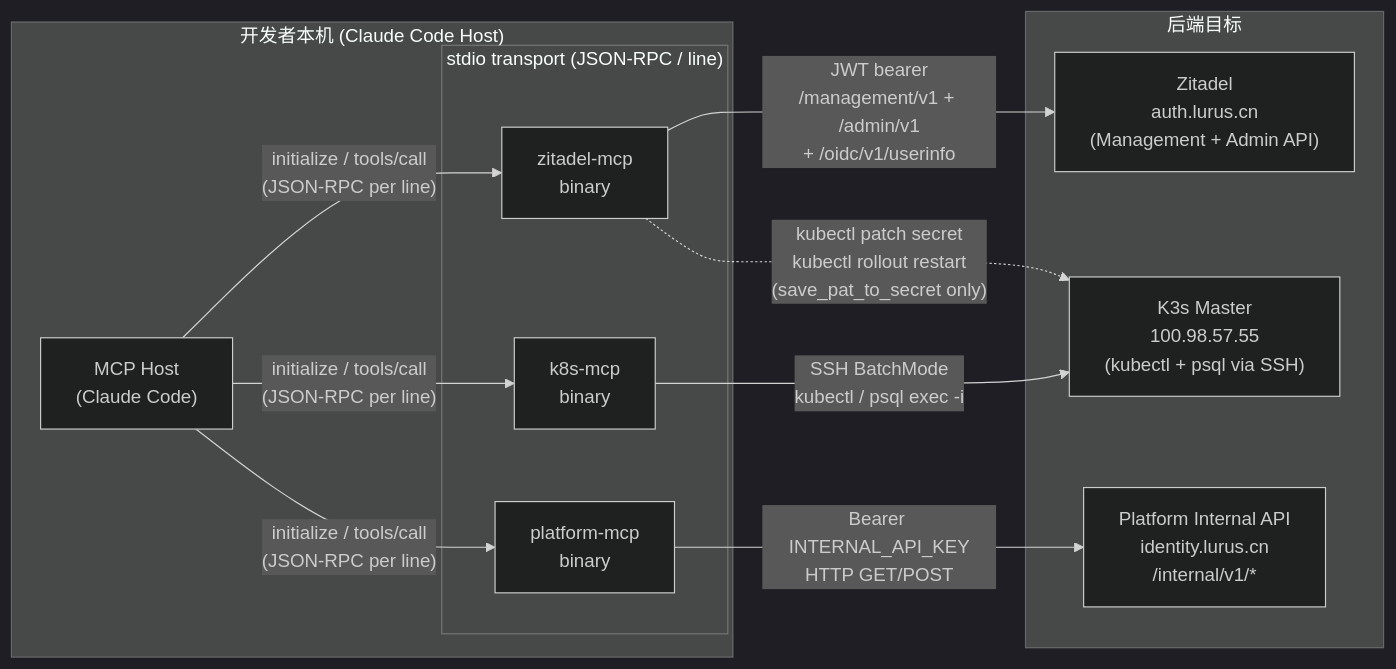
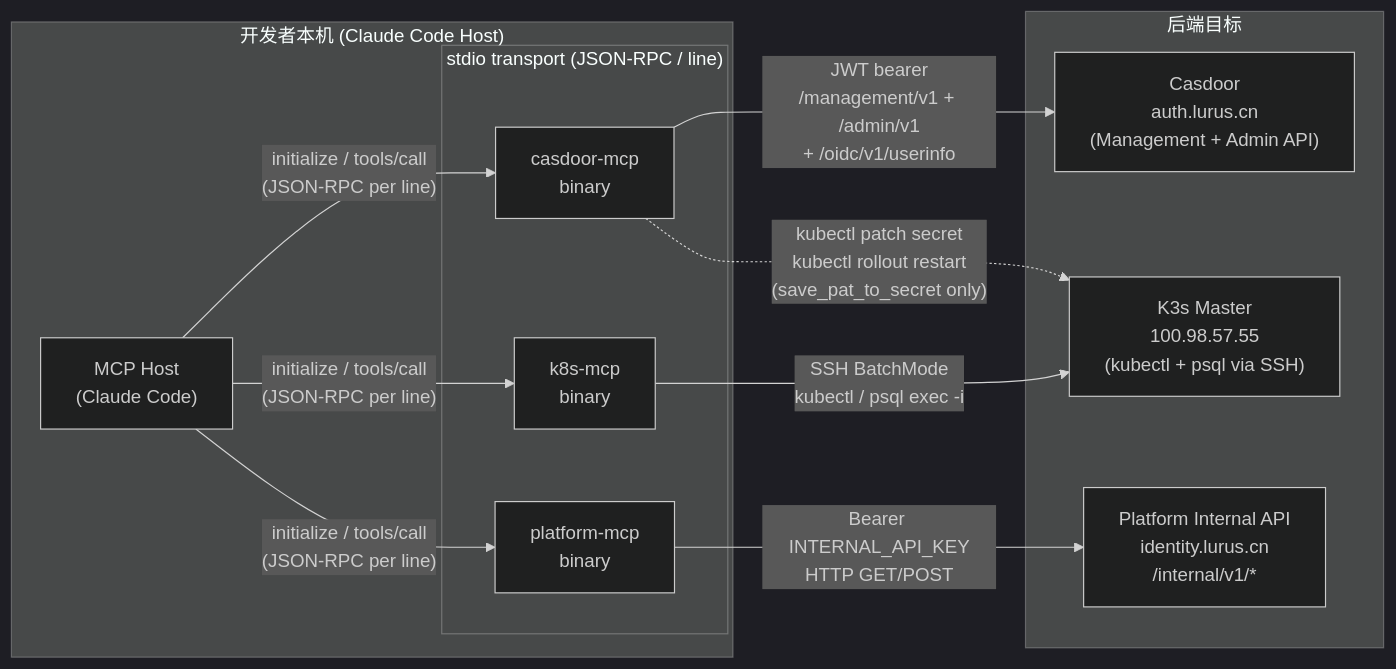
The first of 7 diagrams in internal/products/mcp.md (hanmahong5-arch/lurus-docs), drawn with Mermaid (dark theme) before and after one commit. The commit also changed other lines of this file and 30 other files, not shown here.

Commit message:
docs(internal): IdP 术语同步 Zitadel → Casdoor(vendor-neutral OIDC 迁移文档面)

````diff
--- a/internal/products/mcp.md
+++ b/internal/products/mcp.md
@@ -50,26 +50,26 @@
 ```mermaid
 flowchart LR
     subgraph host["开发者本机 (Claude Code Host)"]
         CC["MCP Host\n(Claude Code)"]
         subgraph stdio["stdio transport (JSON-RPC / line)"]
-            ZM["zitadel-mcp\nbinary"]
+            ZM["casdoor-mcp\nbinary"]
             KM["k8s-mcp\nbinary"]
             PM["platform-mcp\nbinary"]
         end
     end
 
     subgraph backends["后端目标"]
-        ZA["Zitadel\nauth.lurus.cn\n(Management + Admin API)"]
+        ZA["Casdoor\nauth.lurus.cn\n(Management + Admin API)"]
         K3S["K3s Master\n100.98.57.55\n(kubectl + psql via SSH)"]
         PL["Platform Internal API\nidentity.lurus.cn\n/internal/v1/*"]
     end
 
     CC -- "initialize / tools/call\n(JSON-RPC per line)" --> ZM
     CC -- "initialize / tools/call\n(JSON-RPC per line)" --> KM
     CC -- "initialize / tools/call\n(JSON-RPC per line)" --> PM
 
     ZM -- "JWT bearer\n/management/v1 + /admin/v1\n+ /oidc/v1/userinfo" --> ZA
     ZM -. "kubectl patch secret\nkubectl rollout restart\n(save_pat_to_secret only)" .-> K3S
     KM -- "SSH BatchMode\nkubectl / psql exec -i" --> K3S
     PM -- "Bearer INTERNAL_API_KEY\nHTTP GET/POST" --> PL
 ```
````
